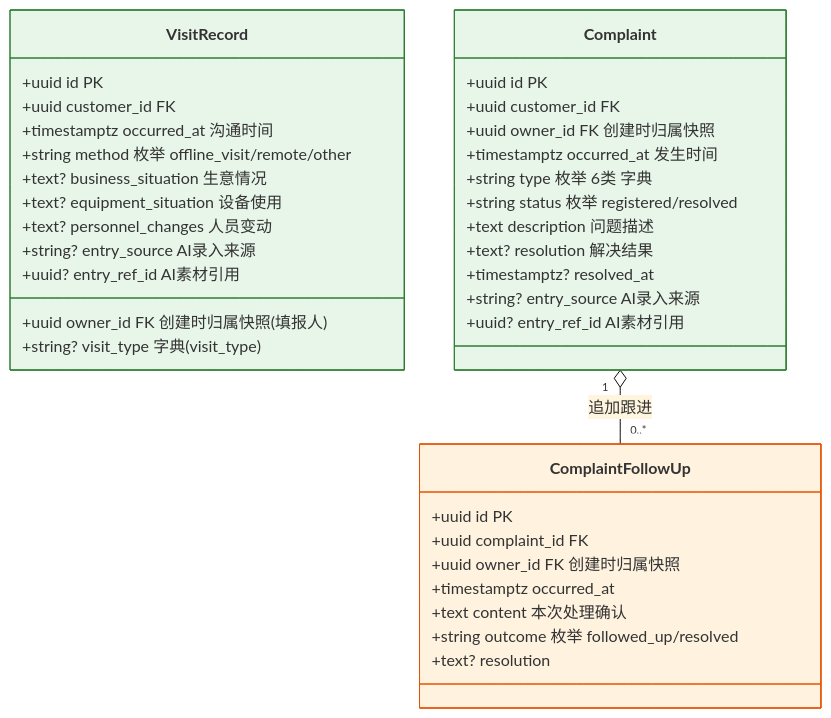
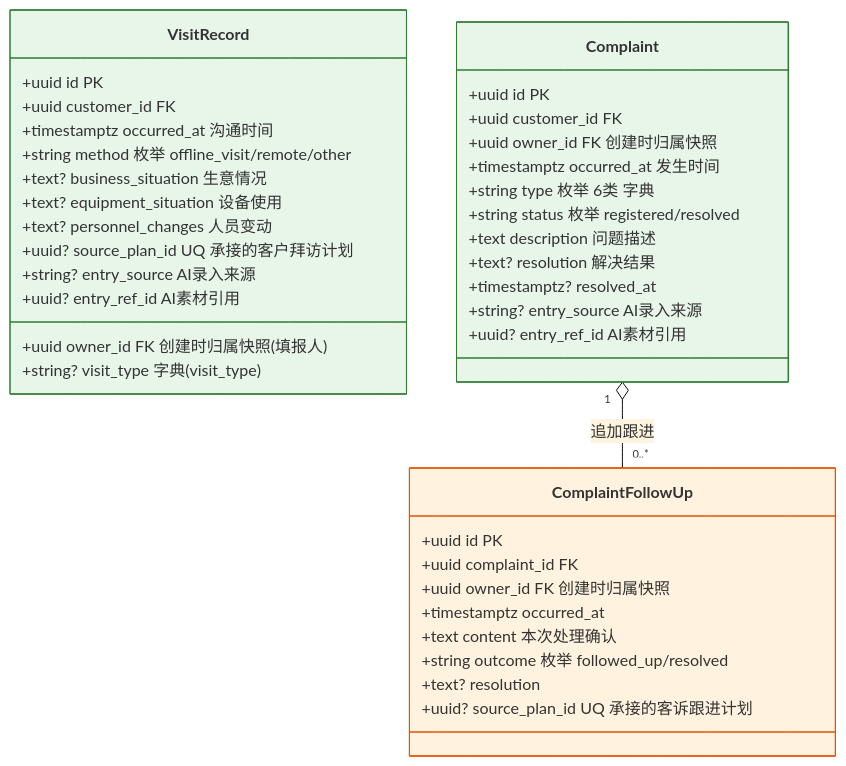
One commit to lixiname/LITECRM changed the third of 26 diagrams in docs/重构架构决策与实施蓝图.md. Above: the diagram before and after it, drawn with Mermaid (base theme). The commit also changed other lines of this file and 72 other files, not shown here.

````diff
--- a/docs/重构架构决策与实施蓝图.md
+++ b/docs/重构架构决策与实施蓝图.md
@@ -547,42 +549,44 @@
 ```mermaid
 classDiagram
     class VisitRecord {
         +uuid id PK
         +uuid customer_id FK
         +uuid owner_id FK 创建时归属快照(填报人)
         +timestamptz occurred_at 沟通时间
         +string method 枚举 offline_visit/remote/other
         +string? visit_type 字典(visit_type)
         +text? business_situation 生意情况
         +text? equipment_situation 设备使用
         +text? personnel_changes 人员变动
+        +uuid? source_plan_id UQ 承接的客户拜访计划
         +string? entry_source AI录入来源
         +uuid? entry_ref_id AI素材引用
     }
     class Complaint {
         +uuid id PK
         +uuid customer_id FK
         +uuid owner_id FK 创建时归属快照
         +timestamptz occurred_at 发生时间
         +string type 枚举 6类 字典
         +string status 枚举 registered/resolved
         +text description 问题描述
         +text? resolution 解决结果
         +timestamptz? resolved_at
         +string? entry_source AI录入来源
         +uuid? entry_ref_id AI素材引用
     }
     class ComplaintFollowUp {
         +uuid id PK
         +uuid complaint_id FK
         +uuid owner_id FK 创建时归属快照
         +timestamptz occurred_at
         +text content 本次处理确认
         +string outcome 枚举 followed_up/resolved
         +text? resolution
+        +uuid? source_plan_id UQ 承接的客诉跟进计划
     }
     Complaint "1" o-- "0..*" ComplaintFollowUp : 追加跟进
     style VisitRecord fill:#e8f5e9,stroke:#2e7d32
     style Complaint fill:#e8f5e9,stroke:#2e7d32
     style ComplaintFollowUp fill:#fff3e0,stroke:#e65100
 ```
````
